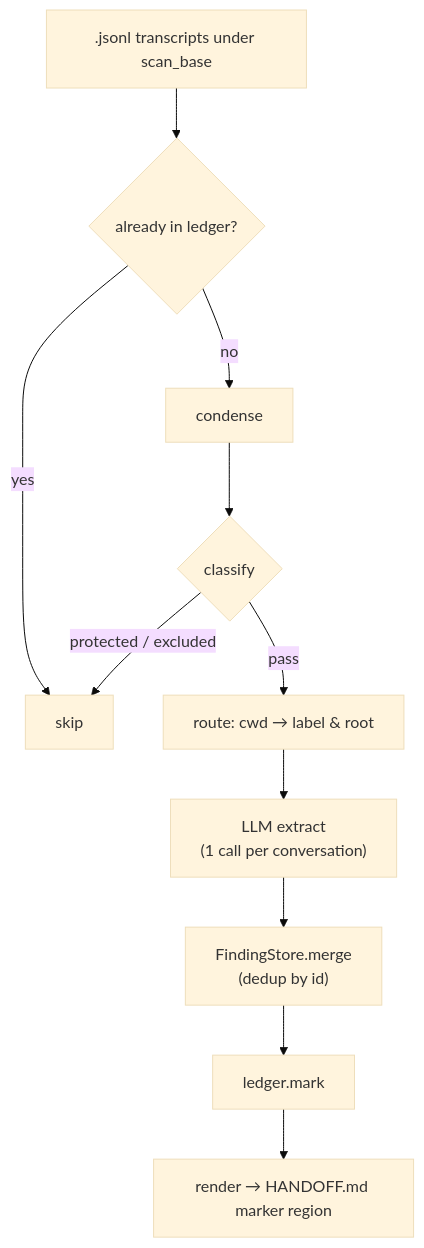
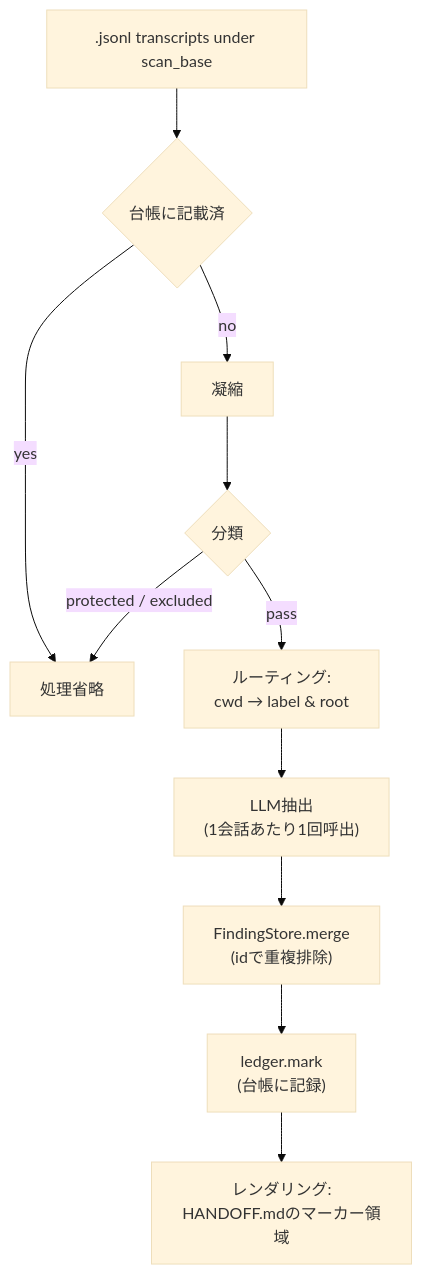
One commit to 4ltena/claude-transcript-organizer changed the diagram in README.md. Above: the diagram before and after it, drawn with Mermaid (base theme). The commit also changed other lines of this file and 9 other files, not shown here.

````diff
--- a/README.md
+++ b/README.md
@@ -17,13 +17,13 @@
 ```mermaid
 flowchart TD
-    A[".jsonl transcripts under scan_base"] --> B{"already in ledger?"}
-    B -- yes --> S[skip]
-    B -- no --> C[condense]
-    C --> D{classify}
+    A[".jsonl transcripts under scan_base"] --> B{"台帳に記載済"}
+    B -- yes --> S[処理省略]
+    B -- no --> C[凝縮]
+    C --> D{分類}
     D -- "protected / excluded" --> S
-    D -- pass --> E["route: cwd → label & root"]
-    E --> F["LLM extract<br/>(1 call per conversation)"]
-    F --> G["FindingStore.merge<br/>(dedup by id)"]
-    G --> H["ledger.mark"]
-    H --> I["render → HANDOFF.md marker region"]
+    D -- pass --> E["ルーティング:<br/>cwd → label & root"]
+    E --> F["LLM抽出<br/>(1会話あたり1回呼出)"]
+    F --> G["FindingStore.merge<br/>(idで重複排除)"]
+    G --> H["ledger.mark<br/>(台帳に記録)"]
+    H --> I["レンダリング:<br/>HANDOFF.mdのマーカー領域"]
 ```
````
